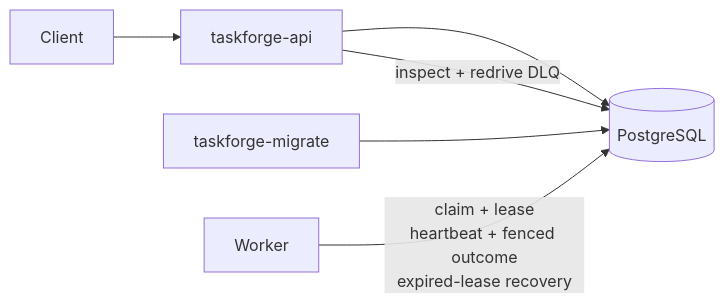
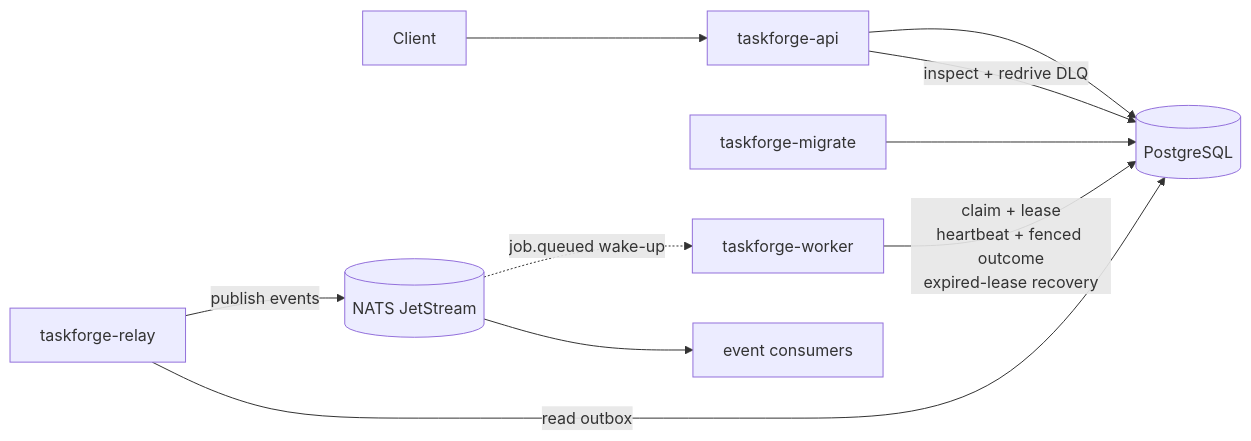
Before and after one commit to Nuryanfa/TaskForge: the first of 2 diagrams in README.md, drawn with Mermaid. The commit also changed other lines of this file and 42 other files, not shown here.

First line of the commit message:
feat(events): add transactional outbox, NATS JetStream relay, and worker wake-ups

````diff
--- a/README.md
+++ b/README.md
@@ -14,8 +15,12 @@
 ```mermaid
 flowchart LR
     Client["Client"] --> API["taskforge-api"]
     API --> DB[("PostgreSQL")]
     API -->|"inspect + redrive DLQ"| DB
     Migrator["taskforge-migrate"] --> DB
-    Worker -->|"claim + lease<br/>heartbeat + fenced outcome<br/>expired-lease recovery"| DB
+    Worker["taskforge-worker"] -->|"claim + lease<br/>heartbeat + fenced outcome<br/>expired-lease recovery"| DB
+    Relay["taskforge-relay"] -->|"read outbox"| DB
+    Relay -->|"publish events"| NATS[("NATS JetStream")]
+    NATS -.->|"job.queued wake-up"| Worker
+    NATS --> Consumers["event consumers"]
 ```
````
